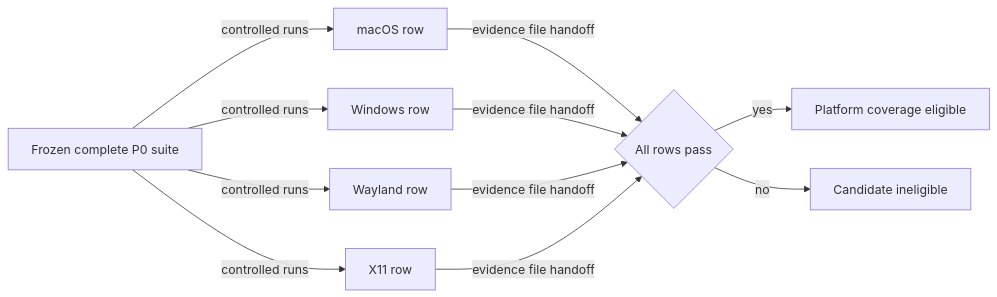
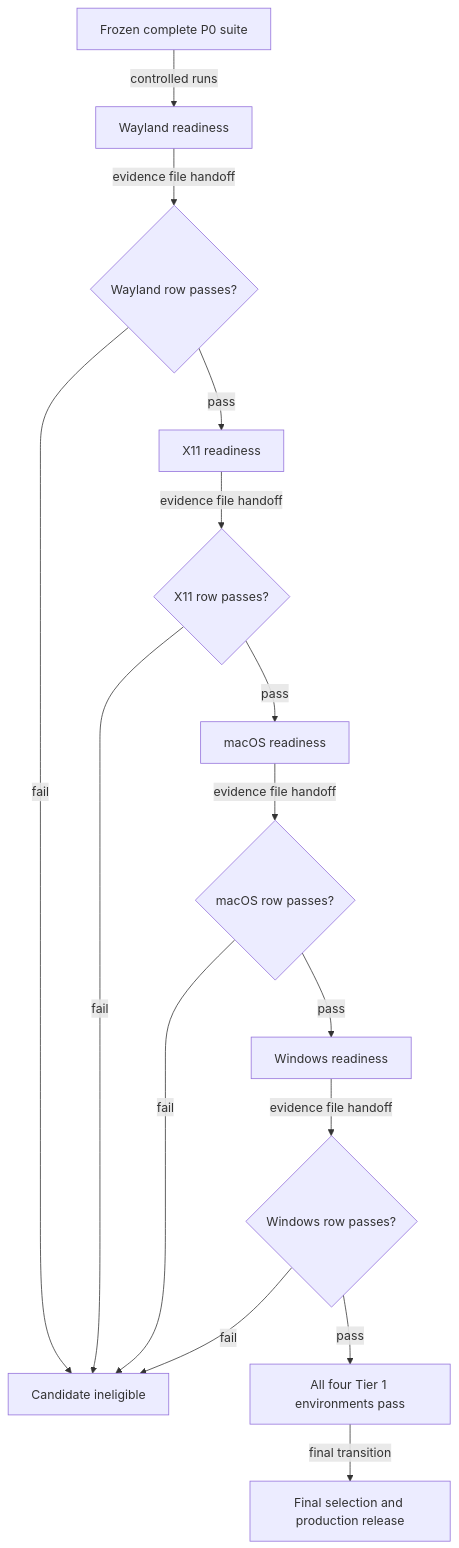
One commit to SkrOYC/oxyflut changed the diagram in .constitution/architecture/flows/cap-plt-001.md. Above: the diagram before and after it, drawn with Mermaid. The commit also changed 4 other files, not shown here.

First line of the commit message:
fix(architecture): sequence the candidate and environment flows and narrow the null-substrate invariant

````diff
--- a/.constitution/architecture/flows/cap-plt-001.md
+++ b/.constitution/architecture/flows/cap-plt-001.md
@@ -9,13 +9,17 @@
 ```mermaid
-flowchart LR
-    Suite[Frozen complete P0 suite] -->|controlled runs| Mac[macOS row]
-    Suite -->|controlled runs| Win[Windows row]
-    Suite -->|controlled runs| Wayland[Wayland row]
-    Suite -->|controlled runs| X11[X11 row]
-    Mac -->|evidence file handoff| Gate{All rows pass}
-    Win -->|evidence file handoff| Gate
-    Wayland -->|evidence file handoff| Gate
-    X11 -->|evidence file handoff| Gate
-    Gate -->|yes| Eligible[Platform coverage eligible]
-    Gate -->|no| Reject[Candidate ineligible]
+flowchart TD
+    Suite[Frozen complete P0 suite] -->|controlled runs| Wayland[Wayland readiness]
+    Wayland -->|evidence file handoff| WaylandPass{Wayland row passes?}
+    WaylandPass -->|pass| X11[X11 readiness]
+    WaylandPass -->|fail| Reject[Candidate ineligible]
+    X11 -->|evidence file handoff| X11Pass{X11 row passes?}
+    X11Pass -->|pass| Mac[macOS readiness]
+    X11Pass -->|fail| Reject
+    Mac -->|evidence file handoff| MacPass{macOS row passes?}
+    MacPass -->|pass| Windows[Windows readiness]
+    MacPass -->|fail| Reject
+    Windows -->|evidence file handoff| WindowsPass{Windows row passes?}
+    WindowsPass -->|pass| AllPass[All four Tier 1 environments pass]
+    WindowsPass -->|fail| Reject
+    AllPass -->|final transition| Final[Final selection and production release]
 ```
````
